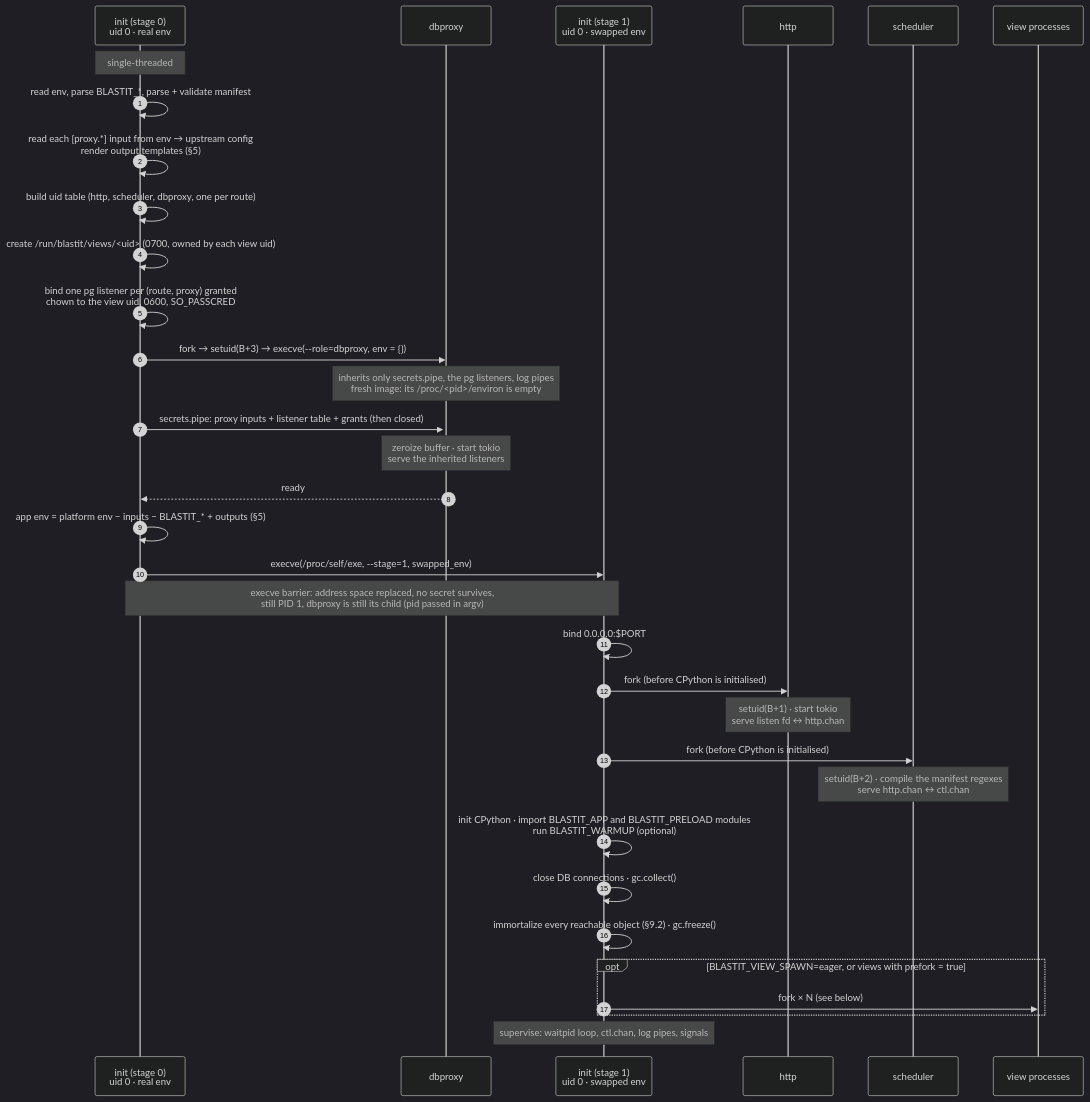
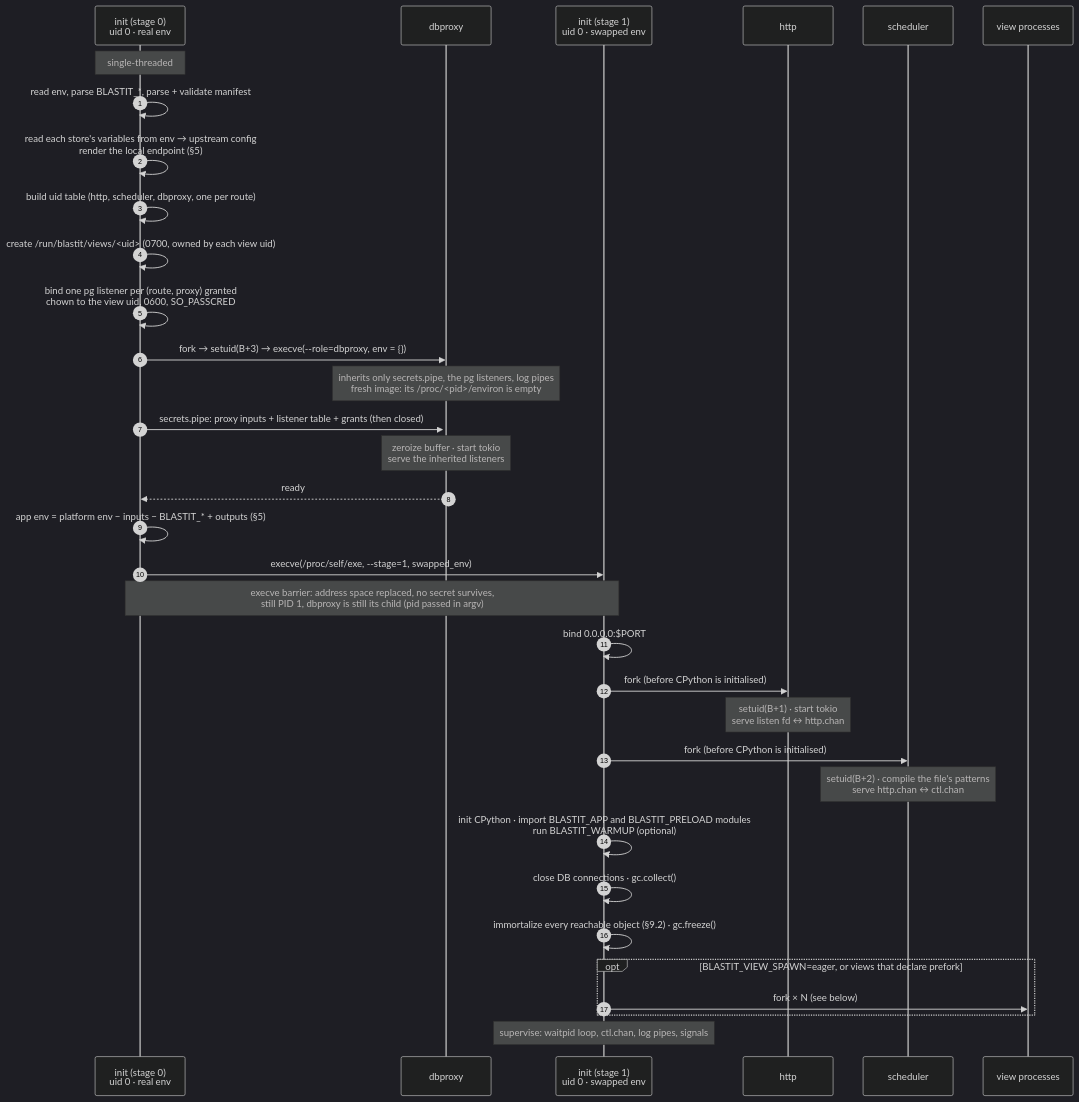
The third of 4 diagrams in ARCHITECTURE.md (OffworldNexus/blastit), drawn with Mermaid (dark theme) before and after one commit. The commit also changed other lines of this file and 2144 other files, not shown here.

````diff
--- a/ARCHITECTURE.md
+++ b/ARCHITECTURE.md
@@ -634,41 +837,41 @@
 ```mermaid
 sequenceDiagram
     autonumber
     participant I0 as init (stage 0)<br/>uid 0 · real env
     participant D as dbproxy
     participant I1 as init (stage 1)<br/>uid 0 · swapped env
     participant H as http
     participant S as scheduler
     participant V as view processes
 
     Note over I0: single-threaded
     I0->>I0: read env, parse BLASTIT_*, parse + validate manifest
-    I0->>I0: read each [proxy.*] input from env → upstream config<br/>render output templates (§5)
+    I0->>I0: read each store's variables from env → upstream config<br/>render the local endpoint (§5)
     I0->>I0: build uid table (http, scheduler, dbproxy, one per route)
     I0->>I0: create /run/blastit/views/<uid> (0700, owned by each view uid)
     I0->>I0: bind one pg listener per (route, proxy) granted<br/>chown to the view uid, 0600, SO_PASSCRED
     I0->>D: fork → setuid(B+3) → execve(--role=dbproxy, env = {})
     activate D
     Note over D: inherits only secrets.pipe, the pg listeners, log pipes<br/>fresh image: its /proc/<pid>/environ is empty
     I0->>D: secrets.pipe: proxy inputs + listener table + grants (then closed)
     Note over D: zeroize buffer · start tokio<br/>serve the inherited listeners
     D-->>I0: ready
     I0->>I0: app env = platform env − inputs − BLASTIT_* + outputs (§5)
     I0->>I1: execve(/proc/self/exe, --stage=1, swapped_env)
     Note over I0,I1: execve barrier: address space replaced, no secret survives,<br/>still PID 1, dbproxy is still its child (pid passed in argv)
 
     I1->>I1: bind 0.0.0.0:$PORT
     I1->>H: fork (before CPython is initialised)
     activate H
     Note over H: setuid(B+1) · start tokio<br/>serve listen fd ↔ http.chan
     I1->>S: fork (before CPython is initialised)
     activate S
-    Note over S: setuid(B+2) · compile the manifest regexes<br/>serve http.chan ↔ ctl.chan
+    Note over S: setuid(B+2) · compile the file's patterns<br/>serve http.chan ↔ ctl.chan
     I1->>I1: init CPython · import BLASTIT_APP and BLASTIT_PRELOAD modules<br/>run BLASTIT_WARMUP (optional)
     I1->>I1: close DB connections · gc.collect()
     I1->>I1: immortalize every reachable object (§9.2) · gc.freeze()
-    opt BLASTIT_VIEW_SPAWN=eager, or views with prefork = true
+    opt BLASTIT_VIEW_SPAWN=eager, or views that declare prefork
         I1->>V: fork × N (see below)
     end
     Note over I1: supervise: waitpid loop, ctl.chan, log pipes, signals
 ```
````
